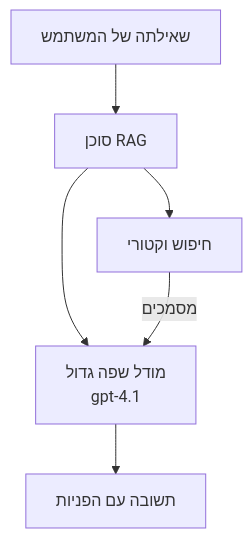
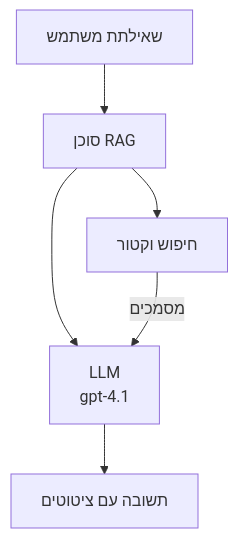
The second of 3 diagrams in translations/he/docs/chapter-02-ai-development/agents.md (microsoft/AZD-for-beginners), drawn with Mermaid before and after one commit. The commit also changed other lines of this file and 104 other files, not shown here.

````diff
--- a/translations/he/docs/chapter-02-ai-development/agents.md
+++ b/translations/he/docs/chapter-02-ai-development/agents.md
@@ -175,8 +181,8 @@
 ```mermaid
 graph TD
-    Query[שאילתה של המשתמש] --> RAG[סוכן RAG]
-    RAG --> Vector[חיפוש וקטורי]
-    RAG --> LLM[מודל שפה גדול<br/>gpt-4.1]
+    Query[שאילתת משתמש] --> RAG[סוכן RAG]
+    RAG --> Vector[חיפוש וקטור]
+    RAG --> LLM[LLM<br/>gpt-4.1]
     Vector -- מסמכים --> LLM
-    LLM --> Response[תשובה עם הפניות]
+    LLM --> Response[תשובה עם ציטוטים]
 ```
````
